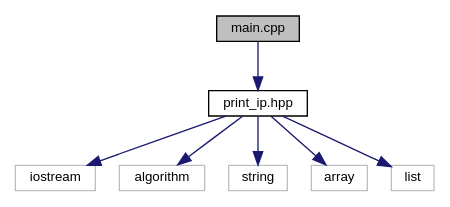
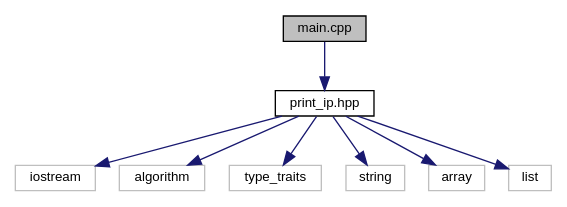
One commit to Rishat22/ConditionalIPAddressPrintingFunction changed the diagram in main_8cpp__incl.dot. Above: the diagram before and after it, drawn with Graphviz. The commit also changed 38 other files, not shown here.

```diff
--- a/main_8cpp__incl.dot
+++ b/main_8cpp__incl.dot
@@ -1,19 +1,21 @@
 digraph "main.cpp"
 {
  // LATEX_PDF_SIZE
   edge [fontname="Helvetica",fontsize="10",labelfontname="Helvetica",labelfontsize="10"];
   node [fontname="Helvetica",fontsize="10",shape=record];
   Node1 [label="main.cpp",height=0.2,width=0.4,color="black", fillcolor="grey75", style="filled", fontcolor="black",tooltip=" "];
   Node1 -> Node2 [color="midnightblue",fontsize="10",style="solid",fontname="Helvetica"];
   Node2 [label="print_ip.hpp",height=0.2,width=0.4,color="black", fillcolor="white", style="filled",URL="$print__ip_8hpp.html",tooltip=" "];
   Node2 -> Node3 [color="midnightblue",fontsize="10",style="solid",fontname="Helvetica"];
   Node3 [label="iostream",height=0.2,width=0.4,color="grey75", fillcolor="white", style="filled",tooltip=" "];
   Node2 -> Node4 [color="midnightblue",fontsize="10",style="solid",fontname="Helvetica"];
   Node4 [label="algorithm",height=0.2,width=0.4,color="grey75", fillcolor="white", style="filled",tooltip=" "];
   Node2 -> Node5 [color="midnightblue",fontsize="10",style="solid",fontname="Helvetica"];
-  Node5 [label="string",height=0.2,width=0.4,color="grey75", fillcolor="white", style="filled",tooltip=" "];
+  Node5 [label="type_traits",height=0.2,width=0.4,color="grey75", fillcolor="white", style="filled",tooltip=" "];
   Node2 -> Node6 [color="midnightblue",fontsize="10",style="solid",fontname="Helvetica"];
-  Node6 [label="array",height=0.2,width=0.4,color="grey75", fillcolor="white", style="filled",tooltip=" "];
+  Node6 [label="string",height=0.2,width=0.4,color="grey75", fillcolor="white", style="filled",tooltip=" "];
   Node2 -> Node7 [color="midnightblue",fontsize="10",style="solid",fontname="Helvetica"];
-  Node7 [label="list",height=0.2,width=0.4,color="grey75", fillcolor="white", style="filled",tooltip=" "];
+  Node7 [label="array",height=0.2,width=0.4,color="grey75", fillcolor="white", style="filled",tooltip=" "];
+  Node2 -> Node8 [color="midnightblue",fontsize="10",style="solid",fontname="Helvetica"];
+  Node8 [label="list",height=0.2,width=0.4,color="grey75", fillcolor="white", style="filled",tooltip=" "];
 }
```
